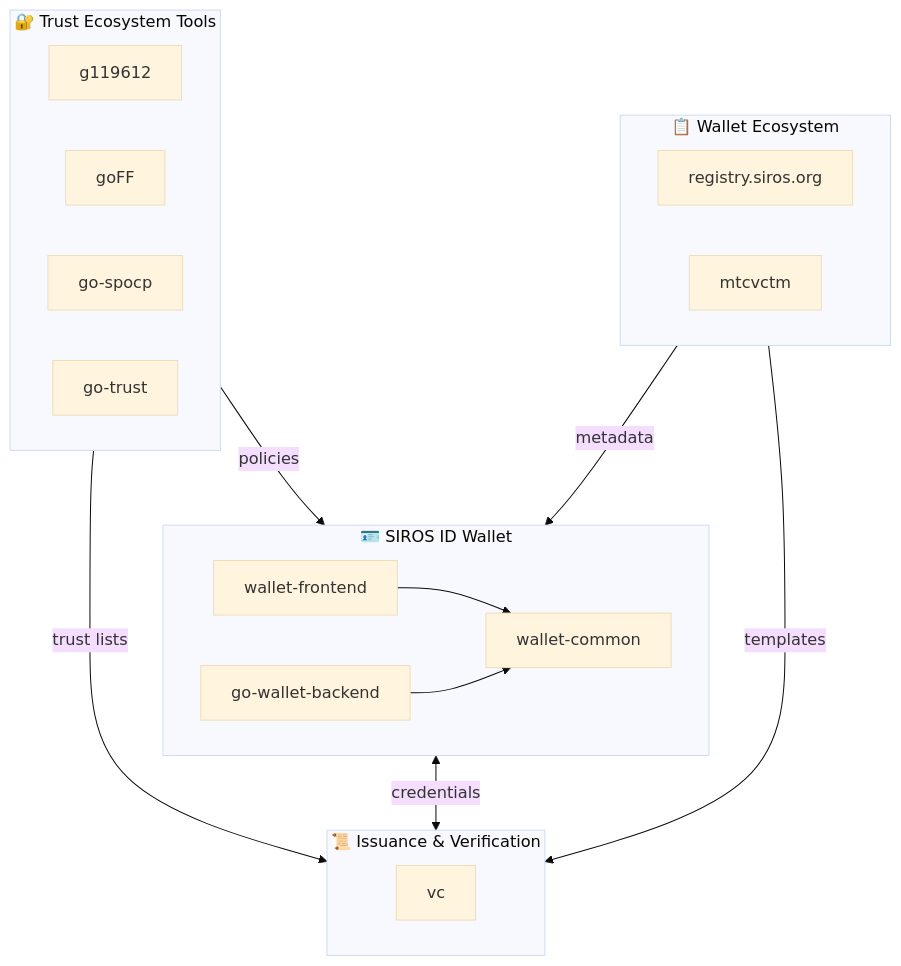
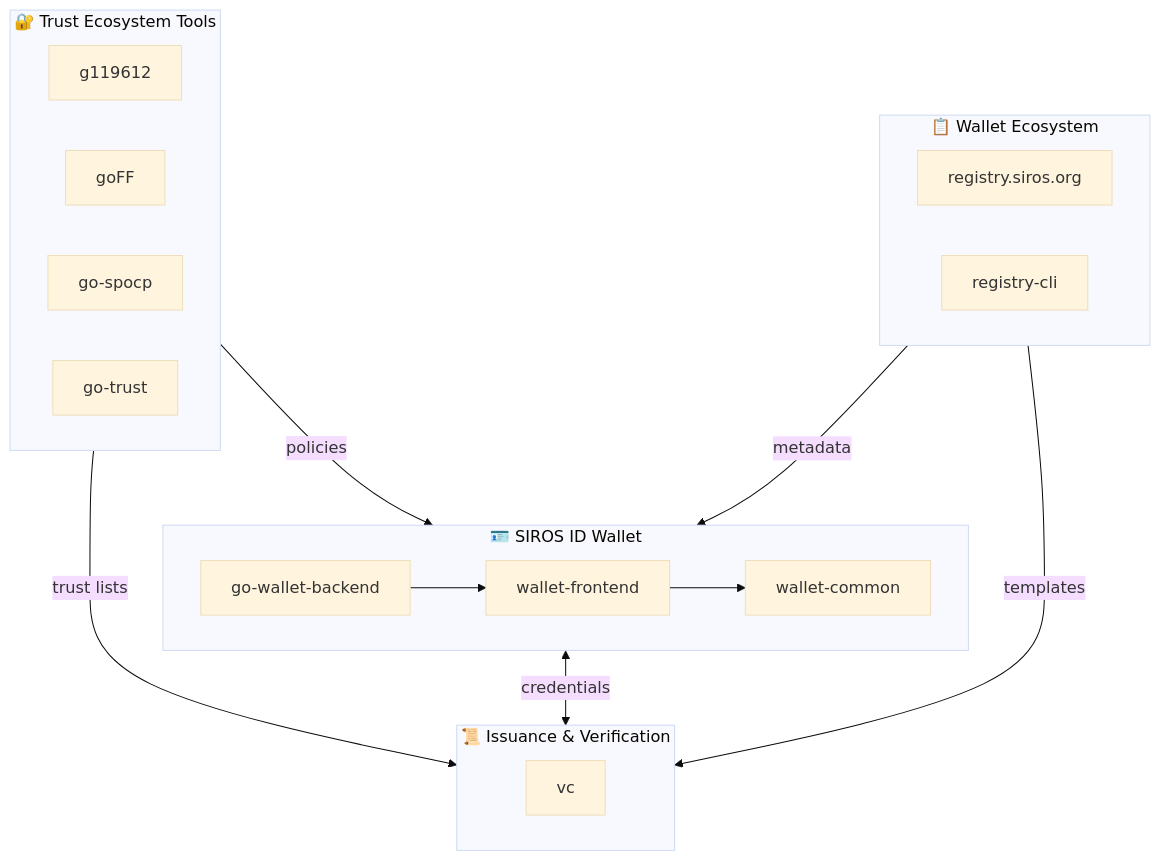
The diagram in profile/README.md (sirosfoundation/.github), drawn with Mermaid (base theme) before and after one commit.

Commit message:
Modify backend relationship and update registry subgraph
Updated the backend relationship in the diagram and modified the registry subgraph.

````diff
--- a/profile/README.md
+++ b/profile/README.md
@@ -6,32 +6,32 @@
 ```mermaid
 graph TB
     subgraph wallet["🪪 SIROS ID Wallet"]
         frontend[wallet-frontend]
         common[wallet-common]
         backend[go-wallet-backend]
         frontend --> common
-        backend --> common
+        backend --> frontend
     end
 
     subgraph issuance["📜 Issuance & Verification"]
         vc[vc]
     end
 
     subgraph trust["🔐 Trust Ecosystem Tools"]
         g119612[g119612]
         goFF[goFF]
         gospocp[go-spocp]
         gotrust[go-trust]
     end
 
     subgraph registry["📋 Wallet Ecosystem"]
         reg[registry.siros.org]
-        mtcvctm[mtcvctm]
+		registry-cli
     end
 
     wallet <-->|credentials| issuance
     trust -->|trust lists| issuance
     trust -->|policies| wallet
     registry -->|metadata| wallet
     registry -->|templates| issuance
 ```
````
